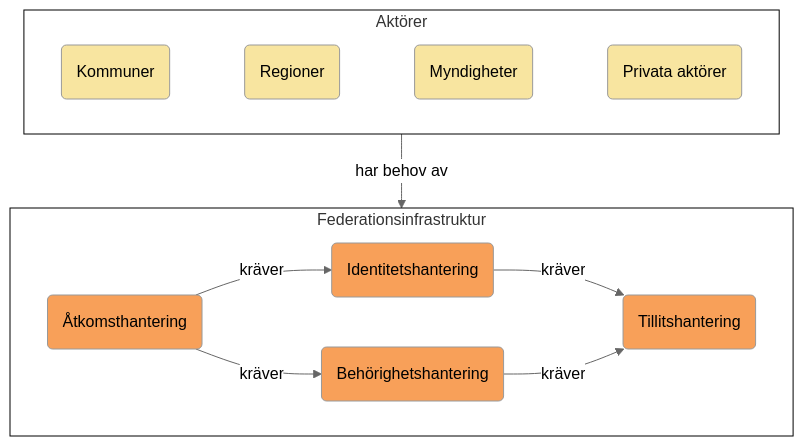
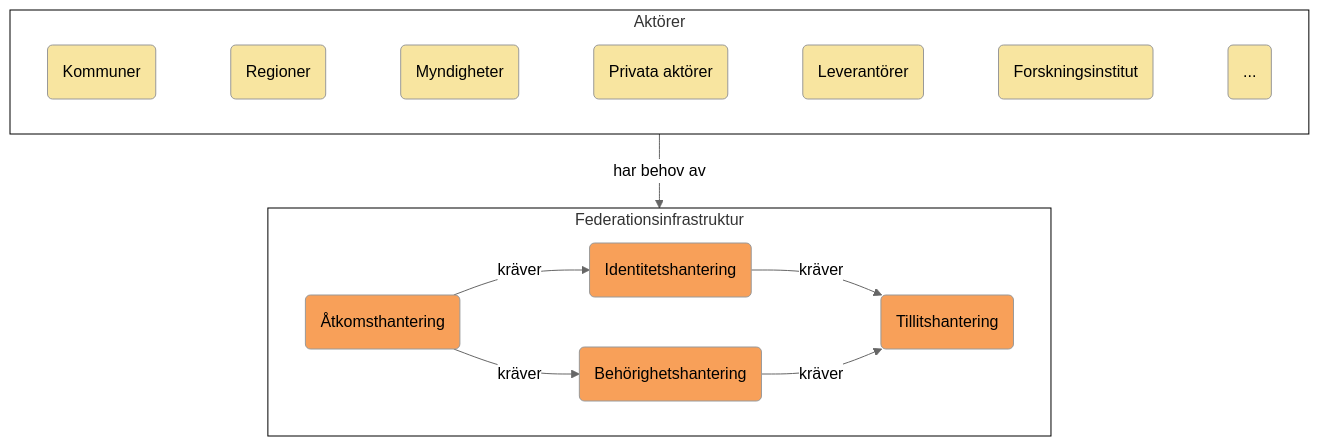
One commit to diggsweden/ena-authorization changed the first of 10 diagrams in architecture/drafts/IAM_TargetArchitecture_Sweden.md. Above: the diagram before and after it, drawn with Mermaid (neutral theme). The commit also changed other lines of this file, not shown here.

````diff
--- a/architecture/drafts/IAM_TargetArchitecture_Sweden.md
+++ b/architecture/drafts/IAM_TargetArchitecture_Sweden.md
@@ -16,27 +16,30 @@
 ```mermaid
 flowchart TD
 
 classDef org fill:#F8E5A0
 classDef area fill:#F8a059
 classDef box fill:#ffffff,stroke:#000000
 
 subgraph actors[Aktörer]
 direction LR     
  k(Kommuner):::org~~~
  r(Regioner):::org~~~
  m(Myndigheter):::org~~~
- p(Privata aktörer):::org
+ p(Privata aktörer):::org~~~
+ l(Leverantörer):::org~~~
+ f(Forskningsinstitut):::org~~~
+ o(...):::org
 end
 actors:::box
 
 subgraph iam[Federationsinfrastruktur]
  Å(Åtkomsthantering):::area
  I(Identitetshantering):::area
  B(Behörighetshantering):::area
  T(Tillitshantering):::area
 end
 iam:::box
 
 actors--har behov av-->iam
 Å--kräver-->I & B--kräver-->T
 ```
````
